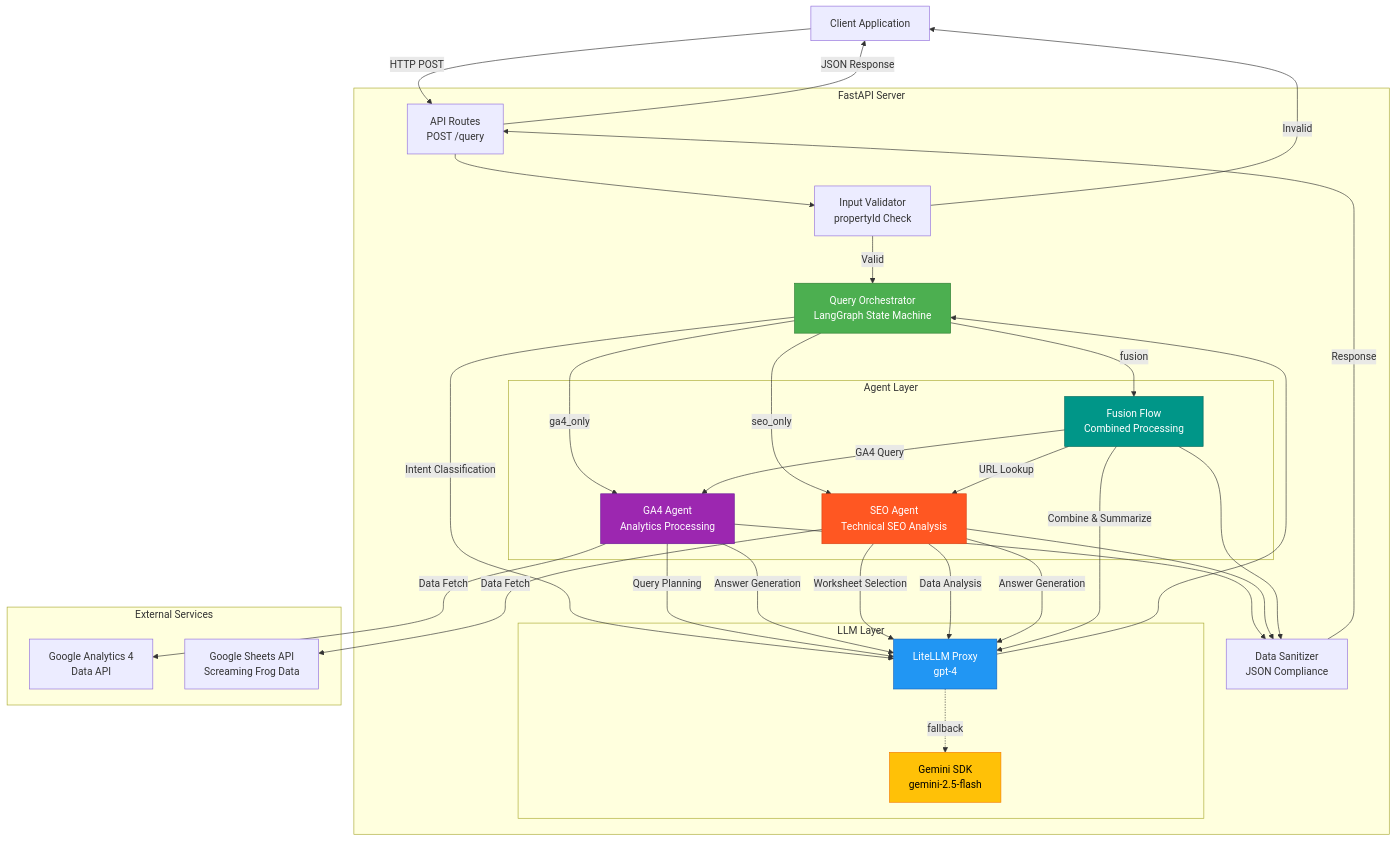
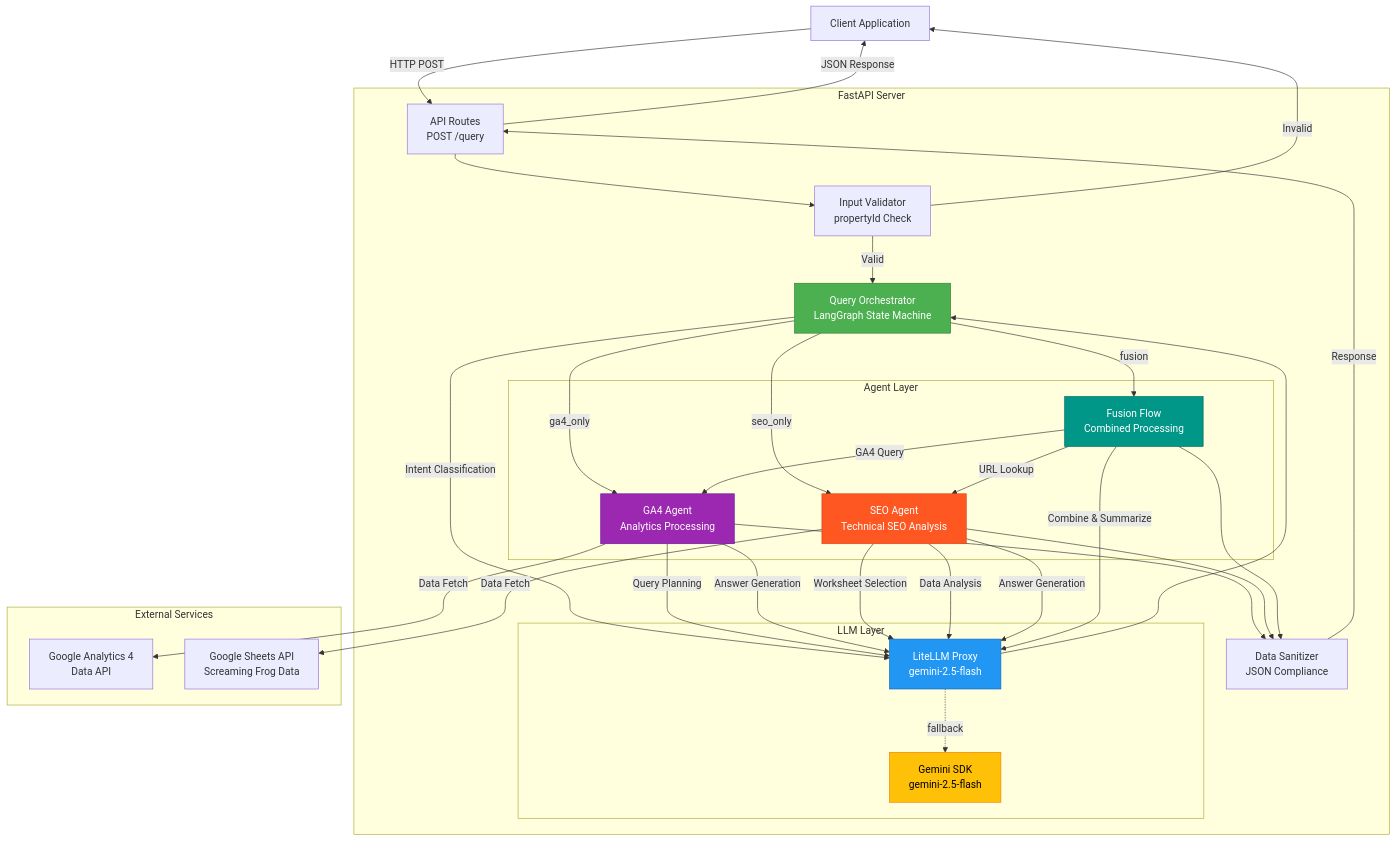
Before and after one commit to shoaib-31/QueryMind: the first of 9 diagrams in ARCHITECTURE.md, drawn with Mermaid. The commit also changed 4 other files, not shown here.

````diff
--- a/ARCHITECTURE.md
+++ b/ARCHITECTURE.md
@@ -11,68 +11,68 @@
 ```mermaid
 graph TB
     Client[Client Application]
     
     subgraph "FastAPI Server"
         API[API Routes<br/>POST /query]
         Router[Query Orchestrator<br/>LangGraph State Machine]
         
         subgraph "LLM Layer"
-            Primary[LiteLLM Proxy<br/>gpt-4]
+            Primary[LiteLLM Proxy<br/>gemini-2.5-flash]
             Fallback[Gemini SDK<br/>gemini-2.5-flash]
             Primary -.fallback.-> Fallback
         end
         
         subgraph "Agent Layer"
             GA4Agent[GA4 Agent<br/>Analytics Processing]
             SEOAgent[SEO Agent<br/>Technical SEO Analysis]
             FusionFlow[Fusion Flow<br/>Combined Processing]
         end
         
         Validator[Input Validator<br/>propertyId Check]
         Sanitizer[Data Sanitizer<br/>JSON Compliance]
     end
     
     subgraph "External Services"
         GA4API[Google Analytics 4<br/>Data API]
         SheetsAPI[Google Sheets API<br/>Screaming Frog Data]
     end
     
     Client -->|HTTP POST| API
     API --> Validator
     Validator -->|Valid| Router
     Validator -->|Invalid| Client
     
     Router -->|Intent Classification| Primary
     Primary --> Router
     
     Router -->|ga4_only| GA4Agent
     Router -->|seo_only| SEOAgent
     Router -->|fusion| FusionFlow
     
     GA4Agent -->|Query Planning| Primary
     GA4Agent -->|Data Fetch| GA4API
     GA4Agent -->|Answer Generation| Primary
     
     SEOAgent -->|Worksheet Selection| Primary
     SEOAgent -->|Data Fetch| SheetsAPI
     SEOAgent -->|Data Analysis| Primary
     SEOAgent -->|Answer Generation| Primary
     
     FusionFlow -->|GA4 Query| GA4Agent
     FusionFlow -->|URL Lookup| SEOAgent
     FusionFlow -->|Combine & Summarize| Primary
     
     GA4Agent --> Sanitizer
     SEOAgent --> Sanitizer
     FusionFlow --> Sanitizer
     
     Sanitizer -->|Response| API
     API -->|JSON Response| Client
     
     style Router fill:#4CAF50,stroke:#2E7D32,color:#fff
     style Primary fill:#2196F3,stroke:#1565C0,color:#fff
     style Fallback fill:#FFC107,stroke:#F57C00,color:#000
     style GA4Agent fill:#9C27B0,stroke:#6A1B9A,color:#fff
     style SEOAgent fill:#FF5722,stroke:#D84315,color:#fff
     style FusionFlow fill:#009688,stroke:#00695C,color:#fff
 ```
````
